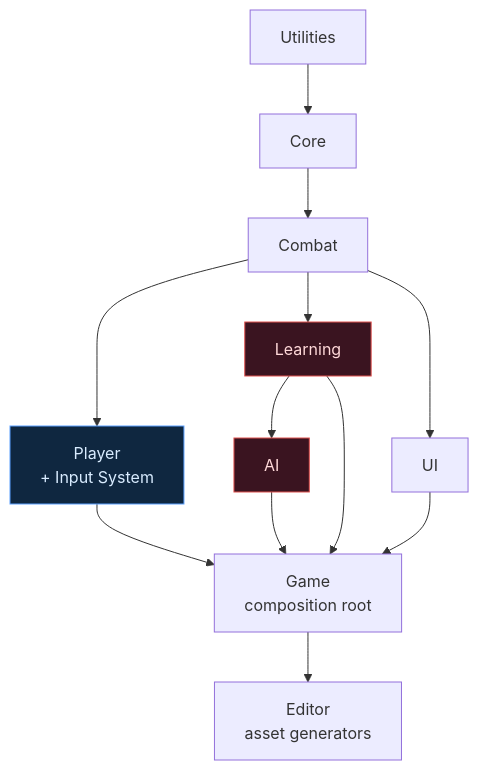
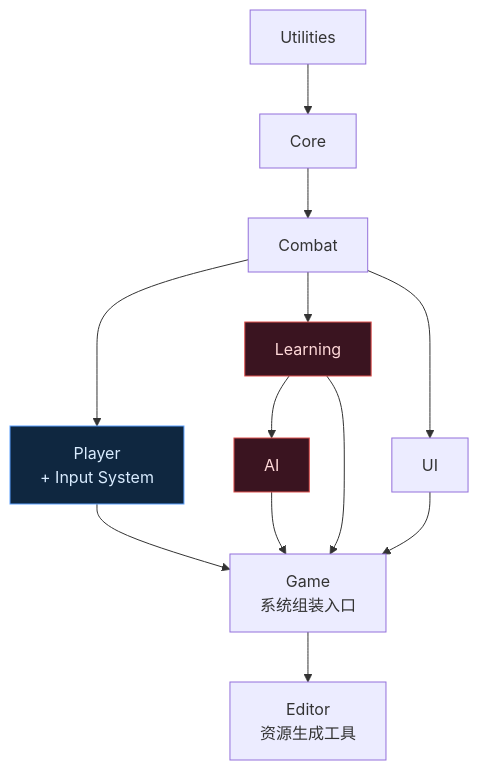
Before and after one commit to LearnedYet/LearntY-Boss-Demo: the diagram in README.md, drawn with Mermaid. The commit also changed other lines of this file and 355 other files, not shown here.

````diff
--- a/README.md
+++ b/README.md
@@ -27,18 +15,18 @@
 ```mermaid
 flowchart TD
     U[Utilities] --> C[Core]
     C --> CB[Combat]
     CB --> P[Player<br/>+ Input System]
     CB --> L[Learning]
     L --> AI[AI]
     CB --> UI[UI]
-    P --> G[Game<br/>composition root]
+    P --> G[Game<br/>系统组装入口]
     AI --> G
     L --> G
     UI --> G
-    G --> ED[Editor<br/>asset generators]
+    G --> ED[Editor<br/>资源生成工具]
     classDef boss fill:#3a1420,stroke:#e0524f,color:#ffd9d9
     classDef player fill:#0f2740,stroke:#5aa0ff,color:#d9ecff
     class AI,L boss
     class P player
 ```
````
